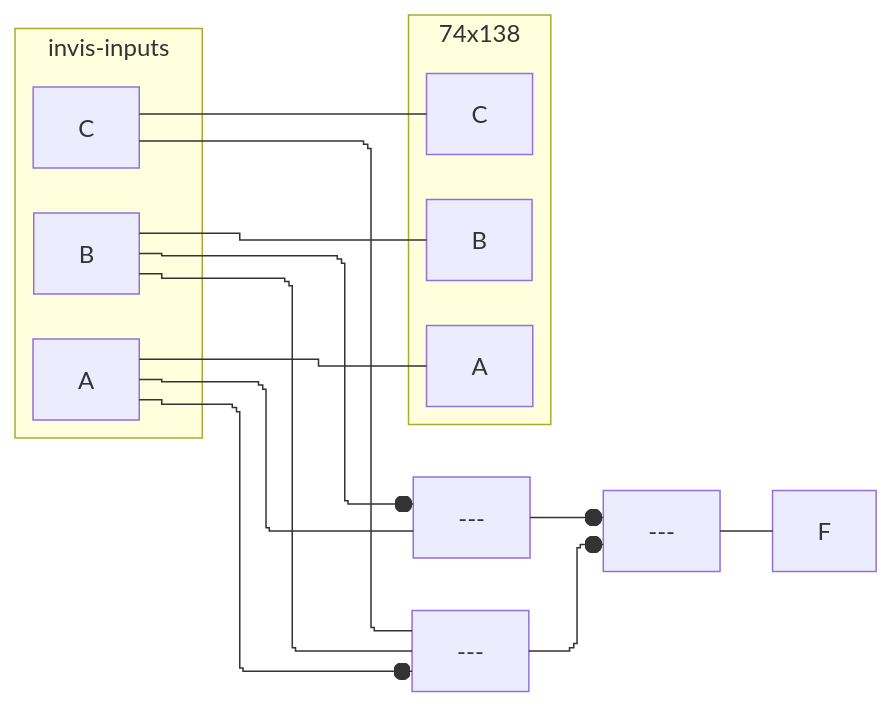
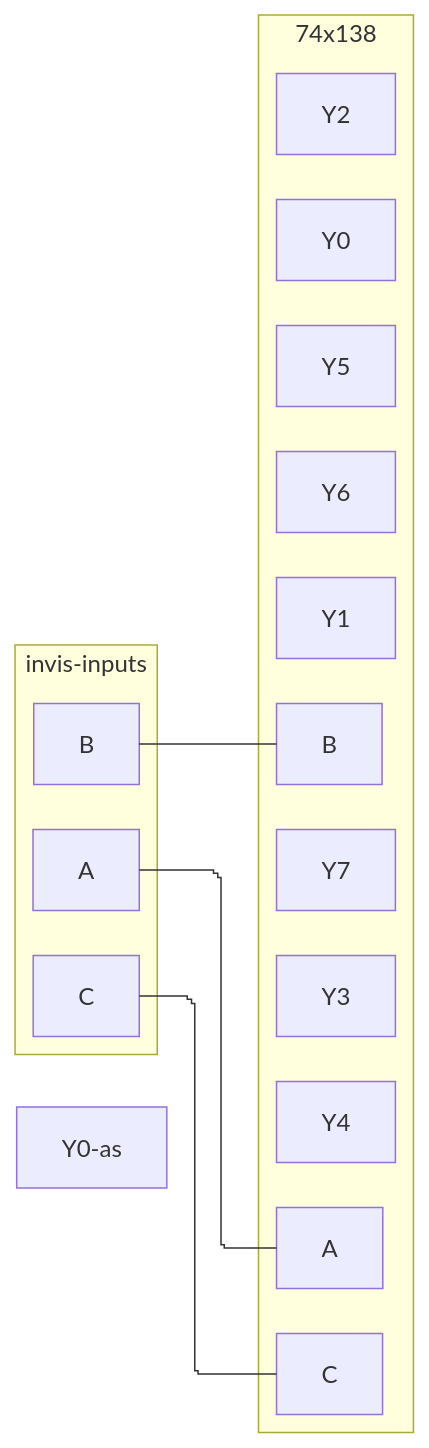
Before and after one commit to tnichols217/notes: the diagram in CSDS 281 - Logic Design/HW/7/tables.md, drawn with Mermaid.

Commit message:
vault backup: 2024-03-27 10:46:14

````diff
--- a/CSDS 281 - Logic Design/HW/7/tables.md
+++ b/CSDS 281 - Logic Design/HW/7/tables.md
@@ -27,20 +27,23 @@
 ```mermaid
 %%{ init: { 'flowchart': { 'curve': 'stepBefore', "defaultRenderer": "elk" } } }%%
 flowchart LR
 subgraph invis-inputs
 A
 B
 C
 end
 subgraph 74x138
 A --- Aa["A"]
 B --- Bb["B"]
 C --- Cc["C"]
+Y0
+Y1
+Y2
+Y3
+Y4
+Y5
+Y6
+Y7
 end
-A --- nor1[---]
-B --o nor1
-A --o nor2[---]
-B & C --- nor2
-nor1 & nor2 --o nor3[---]
-nor3 --- F
+Y0-as
 ```
````
